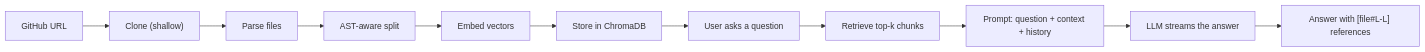
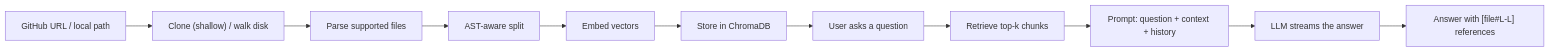
Before and after one commit to zakisserious/codebase-qa: the first of 4 diagrams in README.md, drawn with Mermaid. The commit also changed other lines of this file, not shown here.

````diff
--- a/README.md
+++ b/README.md
@@ -98,13 +114,13 @@
 ```mermaid
 flowchart LR
-    A["GitHub URL"] --> B["Clone (shallow)"]
-    B --> C["Parse files"]
+    A["GitHub URL / local path"] --> B["Clone (shallow) / walk disk"]
+    B --> C["Parse supported files"]
     C --> D["AST-aware split"]
     D --> E["Embed vectors"]
     E --> F["Store in ChromaDB"]
     F --> G["User asks a question"]
     G --> H["Retrieve top-k chunks"]
     H --> I["Prompt: question + context + history"]
     I --> J["LLM streams the answer"]
     J --> K["Answer with [file#L-L] references"]
 ```
````
